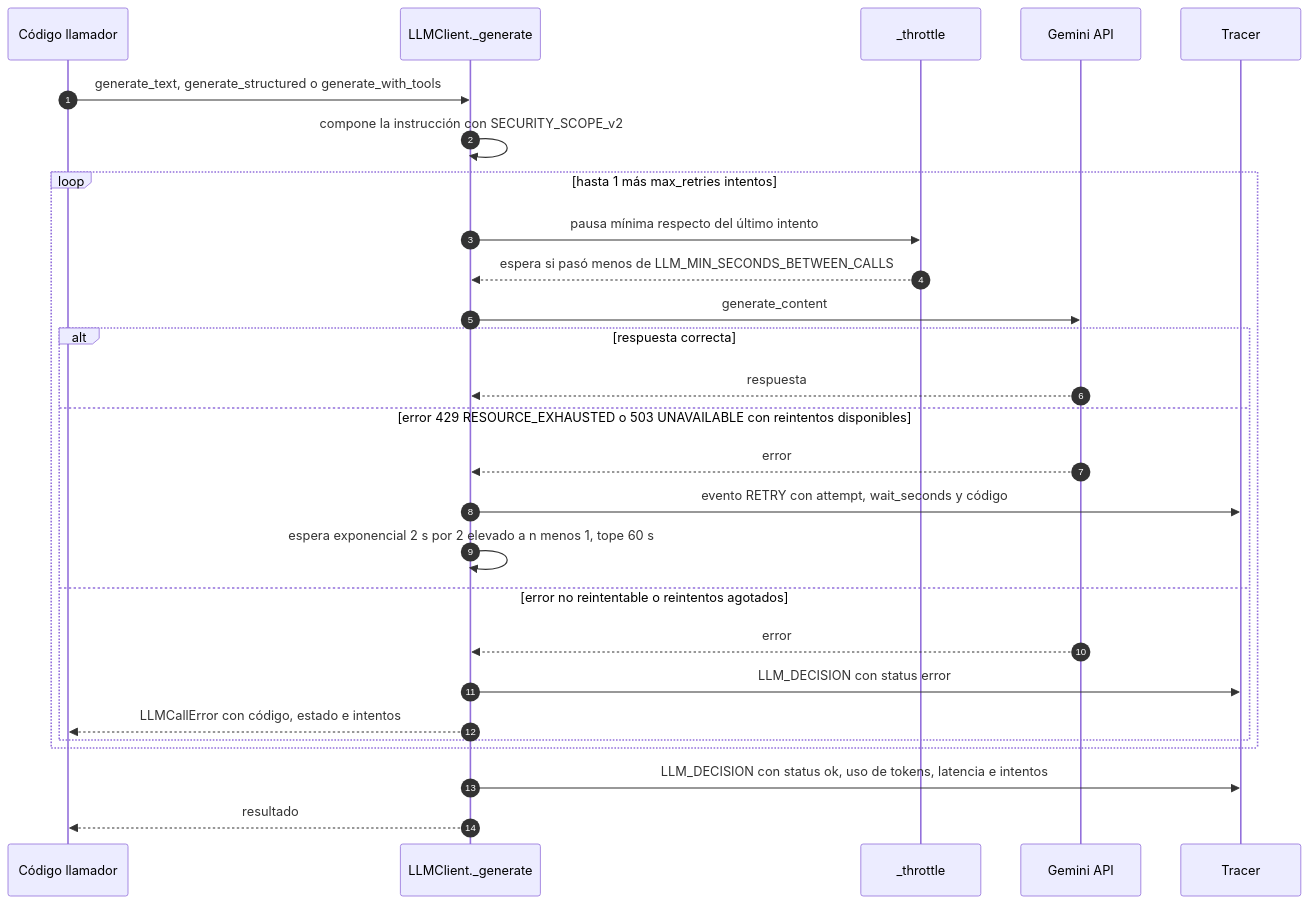
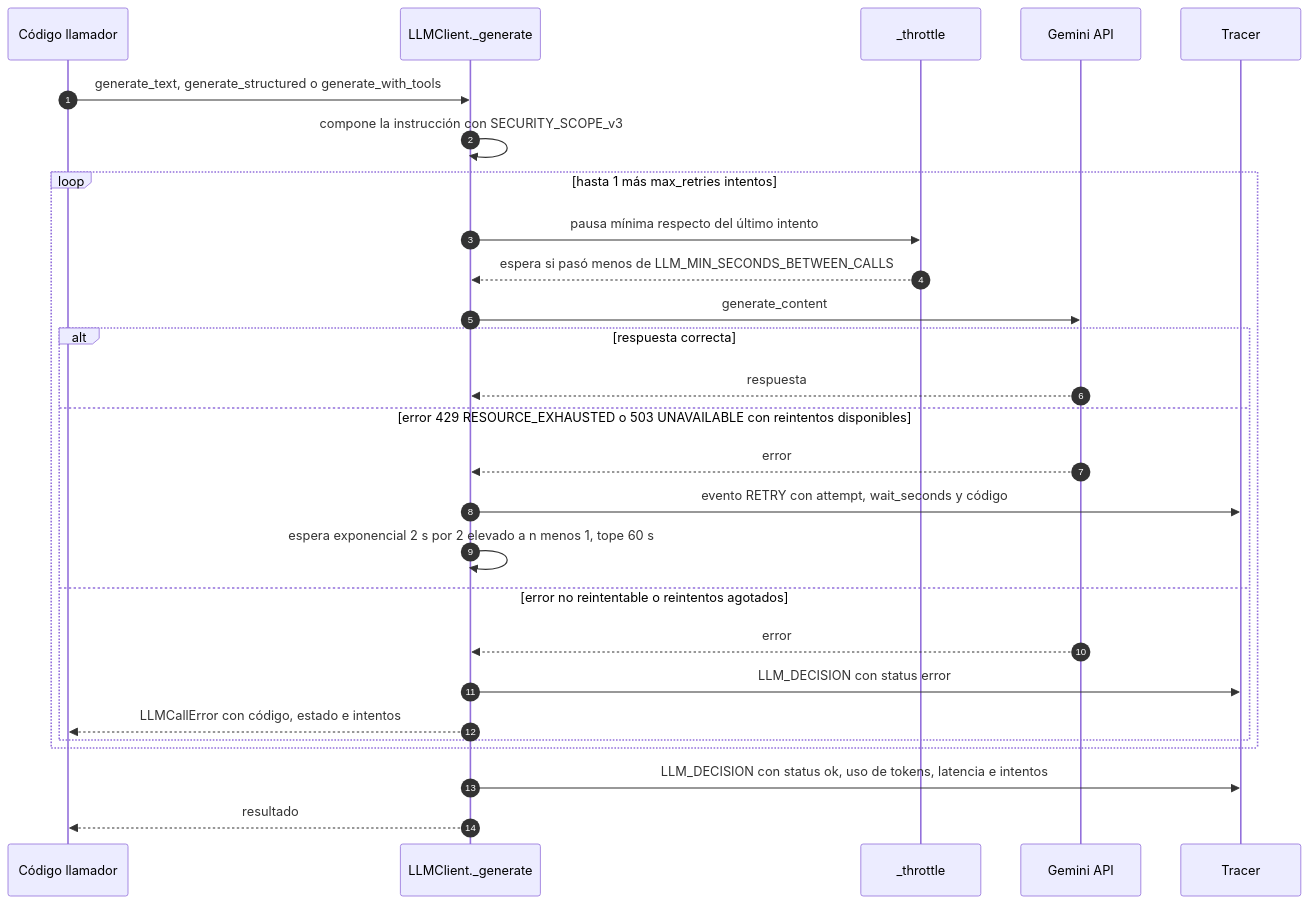
Before and after one commit to gherrerz/Claude-telegram-expense-tracker: the tenth of 16 diagrams in docs/solution_architecture.md, drawn with Mermaid. The commit also changed other lines of this file and 14 other files, not shown here.

Commit message:
feat(eval): add golden set v2 with rag cases and update architecture docs (stage 15)

````diff
--- a/docs/solution_architecture.md
+++ b/docs/solution_architecture.md
@@ -620,30 +683,30 @@
 ```mermaid
 sequenceDiagram
     autonumber
     participant C as Código llamador
     participant LC as LLMClient._generate
     participant TH as _throttle
     participant G as Gemini API
     participant TR as Tracer
 
     C->>LC: generate_text, generate_structured o generate_with_tools
-    LC->>LC: compone la instrucción con SECURITY_SCOPE_v2
+    LC->>LC: compone la instrucción con SECURITY_SCOPE_v3
     loop hasta 1 más max_retries intentos
         LC->>TH: pausa mínima respecto del último intento
         TH-->>LC: espera si pasó menos de LLM_MIN_SECONDS_BETWEEN_CALLS
         LC->>G: generate_content
         alt respuesta correcta
             G-->>LC: respuesta
         else error 429 RESOURCE_EXHAUSTED o 503 UNAVAILABLE con reintentos disponibles
             G-->>LC: error
             LC->>TR: evento RETRY con attempt, wait_seconds y código
             LC->>LC: espera exponencial 2 s por 2 elevado a n menos 1, tope 60 s
         else error no reintentable o reintentos agotados
             G-->>LC: error
             LC->>TR: LLM_DECISION con status error
             LC-->>C: LLMCallError con código, estado e intentos
         end
     end
     LC->>TR: LLM_DECISION con status ok, uso de tokens, latencia e intentos
     LC-->>C: resultado
 ```
````
